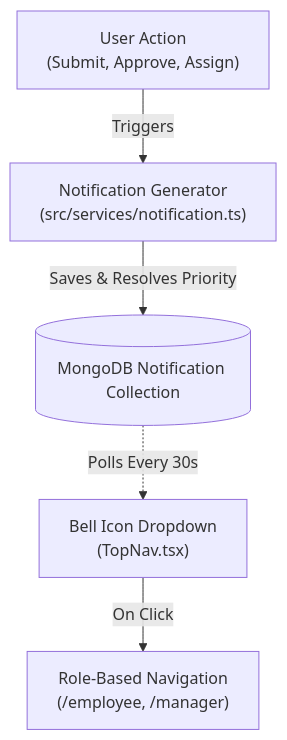
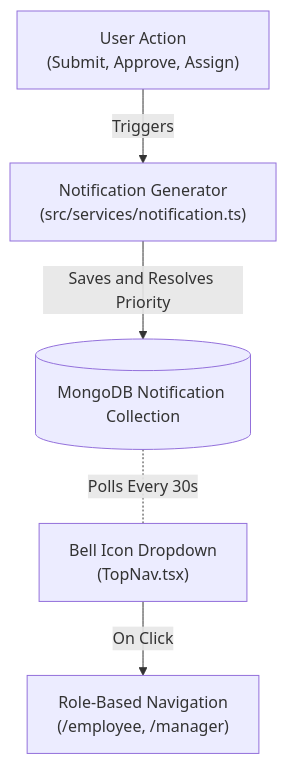
The third of 7 diagrams in README.md (ishanrt119/atomquest), drawn with Mermaid before and after one commit. The commit also changed other lines of this file, not shown here.

````diff
--- a/README.md
+++ b/README.md
@@ -72,17 +72,17 @@
 ```mermaid
 graph TD
     UserAction["User Action\n(Submit, Approve, Assign)"]
     
     NotificationGen["Notification Generator\n(src/services/notification.ts)"]
     
     DB[("MongoDB Notification Collection")]
     
     BellDropdown["Bell Icon Dropdown\n(TopNav.tsx)"]
     
     RoleNav["Role-Based Navigation\n(/employee, /manager)"]
 
-    UserAction -->|Triggers| NotificationGen
-    NotificationGen -->|Saves & Resolves Priority| DB
-    DB -.->|Polls Every 30s| BellDropdown
-    BellDropdown -->|On Click| RoleNav
+    UserAction -->|"Triggers"| NotificationGen
+    NotificationGen -->|"Saves and Resolves Priority"| DB
+    DB -.-|"Polls Every 30s"| BellDropdown
+    BellDropdown -->|"On Click"| RoleNav
 ```
````
